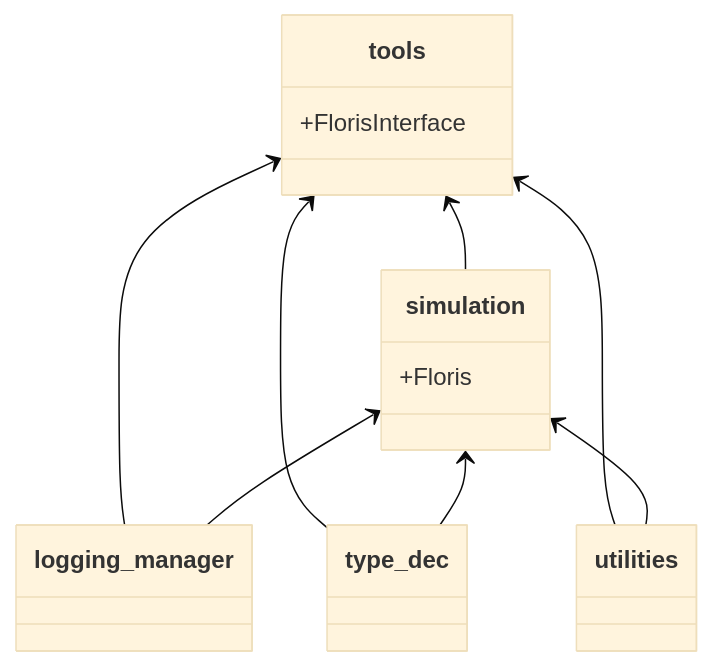
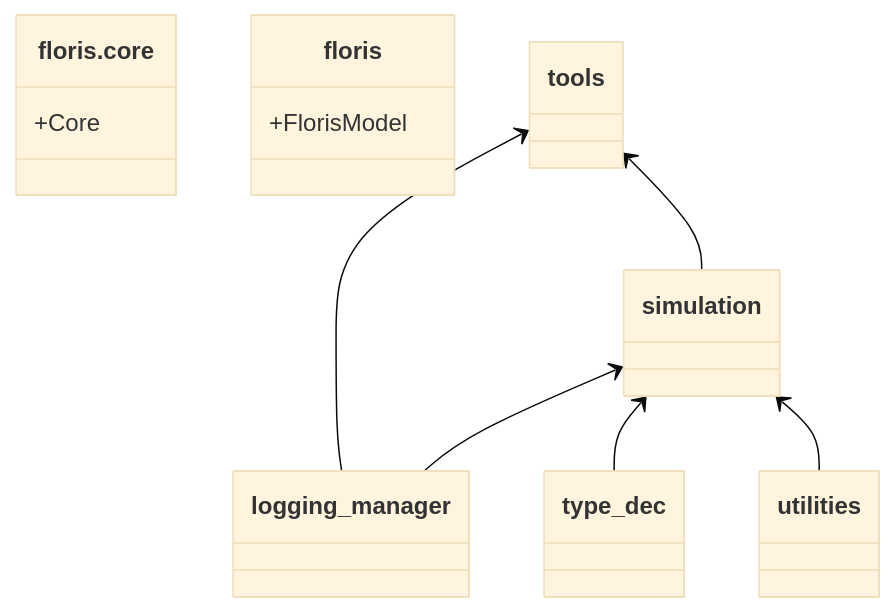
The first of 2 diagrams in _sources/architecture.md (jaredthomas68/floris), drawn with Mermaid (base theme) before and after one commit. The commit also changed other lines of this file and 1239 other files, not shown here.

````diff
--- a/_sources/architecture.md
+++ b/_sources/architecture.md
@@ -31,23 +32,21 @@
 ```{mermaid}
 classDiagram
 
-    class tools {
-        +FlorisInterface
+    class core["floris.core"] {
+        +Core
     }
 
-    class simulation {
-        +Floris
+    class floris["floris"] {
+        +FlorisModel
     }
 
     class logging_manager
     class type_dec
     class utilities
 
     tools <-- logging_manager
     simulation <-- logging_manager
-    tools <-- type_dec
     simulation <-- type_dec
-    tools <-- utilities
     simulation <-- utilities
     tools <-- simulation
 ```
````
